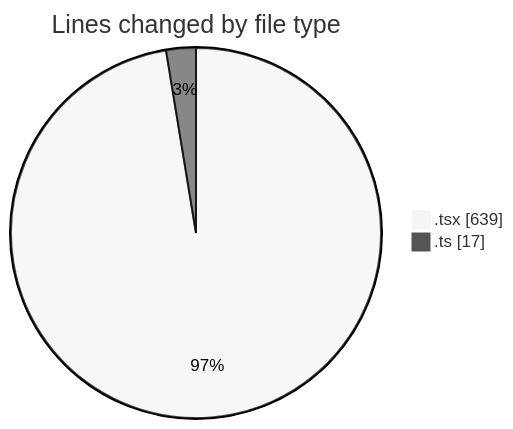
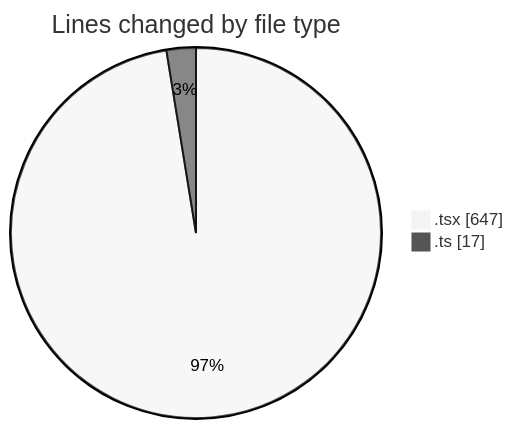
Before and after one commit to momahboobian/code-tracking: the first of 2 diagrams in 2025-04-02/cda/README.md, drawn with Mermaid (neutral theme). The commit also changed other lines of this file and 1 other file, not shown here.

````diff
--- a/2025-04-02/cda/README.md
+++ b/2025-04-02/cda/README.md
@@ -23,6 +23,6 @@
 ```mermaid
 pie showData
 title Lines changed by file type
-".tsx" : 639
+".tsx" : 647
 ".ts" : 17
 ```
````
